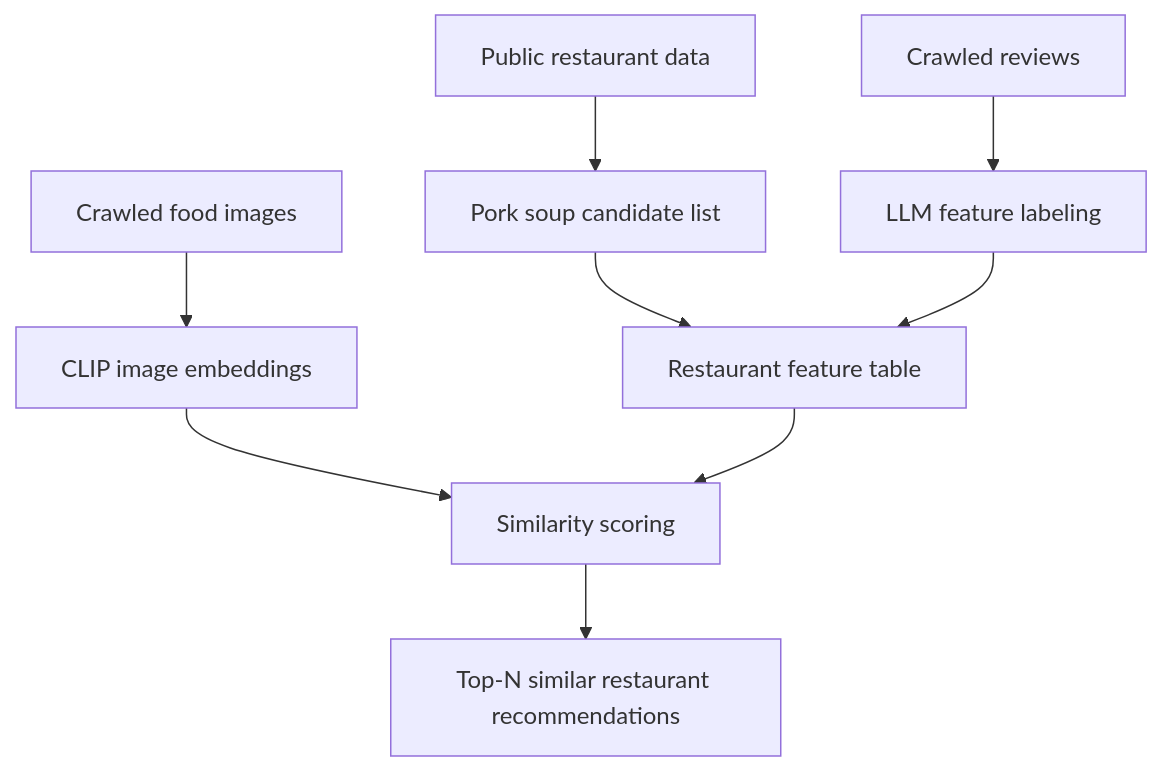
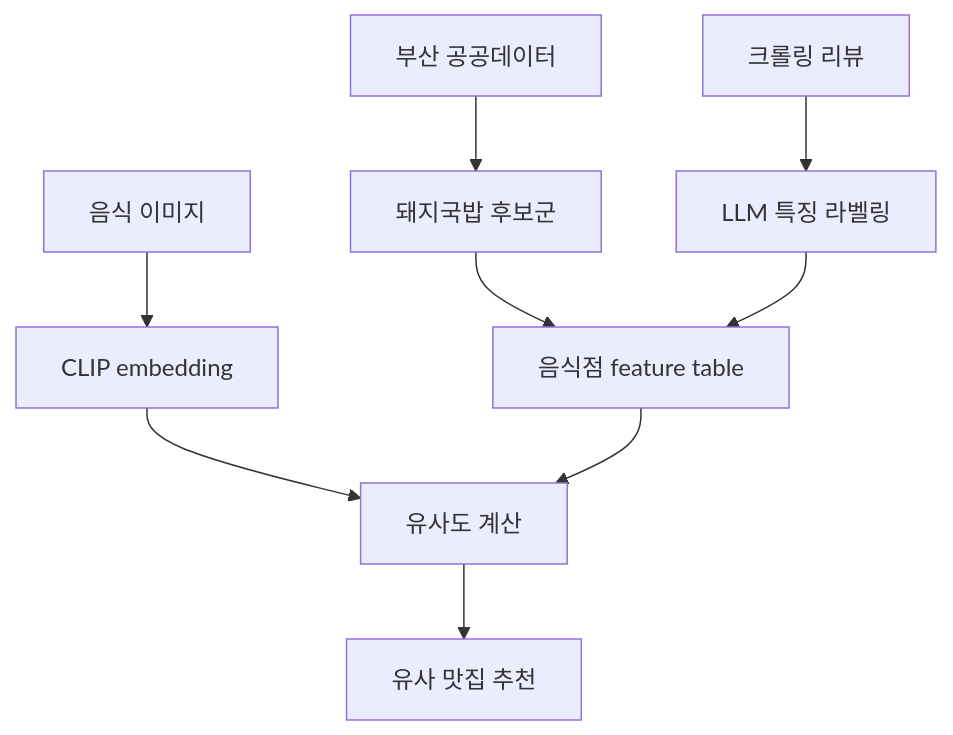
One commit to scnelMG/2025-bapdo-busan-publicdata changed the diagram in README.md. Above: the diagram before and after it, drawn with Mermaid. The commit also changed other lines of this file, not shown here.

````diff
--- a/README.md
+++ b/README.md
@@ -106,11 +52,11 @@
 ```mermaid
 flowchart TD
-    raw["Public restaurant data"] --> candidates["Pork soup candidate list"]
-    reviews["Crawled reviews"] --> labels["LLM feature labeling"]
-    images["Crawled food images"] --> embeddings["CLIP image embeddings"]
-    candidates --> merged["Restaurant feature table"]
+    raw["부산 공공데이터"] --> candidates["돼지국밥 후보군"]
+    reviews["크롤링 리뷰"] --> labels["LLM 특징 라벨링"]
+    images["음식 이미지"] --> embeddings["CLIP embedding"]
+    candidates --> merged["음식점 feature table"]
     labels --> merged
-    embeddings --> similarity["Similarity scoring"]
+    embeddings --> similarity["유사도 계산"]
     merged --> similarity
-    similarity --> topn["Top-N similar restaurant recommendations"]
+    similarity --> topn["유사 맛집 추천"]
 ```
````
